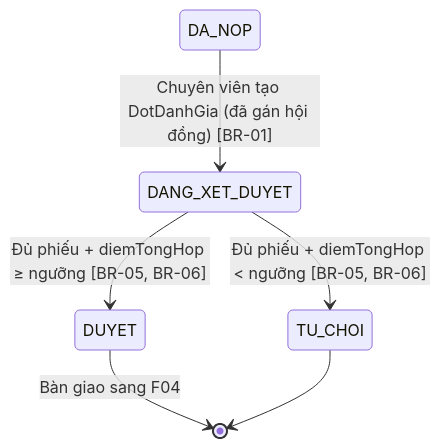
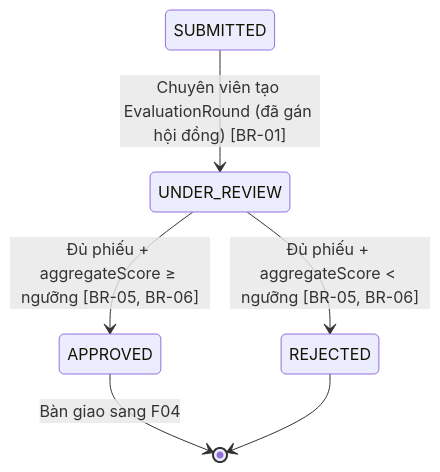
The second of 2 diagrams in docs/features/F03-xet-duyet-hoi-dong/spec.md (PTZero2026/rms-docs), drawn with Mermaid before and after one commit. The commit also changed other lines of this file and 44 other files, not shown here.

Commit message:
docs: update project roadmap, architecture decisions, and comprehensive documentation for core features and testing plans

````diff
--- a/docs/features/F03-xet-duyet-hoi-dong/spec.md
+++ b/docs/features/F03-xet-duyet-hoi-dong/spec.md
@@ -78,8 +78,8 @@
 ```mermaid
 stateDiagram-v2
-    DA_NOP --> DANG_XET_DUYET : Chuyên viên tạo DotDanhGia (đã gán hội đồng) [BR-01]
-    DANG_XET_DUYET --> DUYET : Đủ phiếu + diemTongHop ≥ ngưỡng [BR-05, BR-06]
-    DANG_XET_DUYET --> TU_CHOI : Đủ phiếu + diemTongHop < ngưỡng [BR-05, BR-06]
-    DUYET --> [*] : Bàn giao sang F04
-    TU_CHOI --> [*]
+    SUBMITTED --> UNDER_REVIEW : Chuyên viên tạo EvaluationRound (đã gán hội đồng) [BR-01]
+    UNDER_REVIEW --> APPROVED : Đủ phiếu + aggregateScore ≥ ngưỡng [BR-05, BR-06]
+    UNDER_REVIEW --> REJECTED : Đủ phiếu + aggregateScore < ngưỡng [BR-05, BR-06]
+    APPROVED --> [*] : Bàn giao sang F04
+    REJECTED --> [*]
 ```
````
